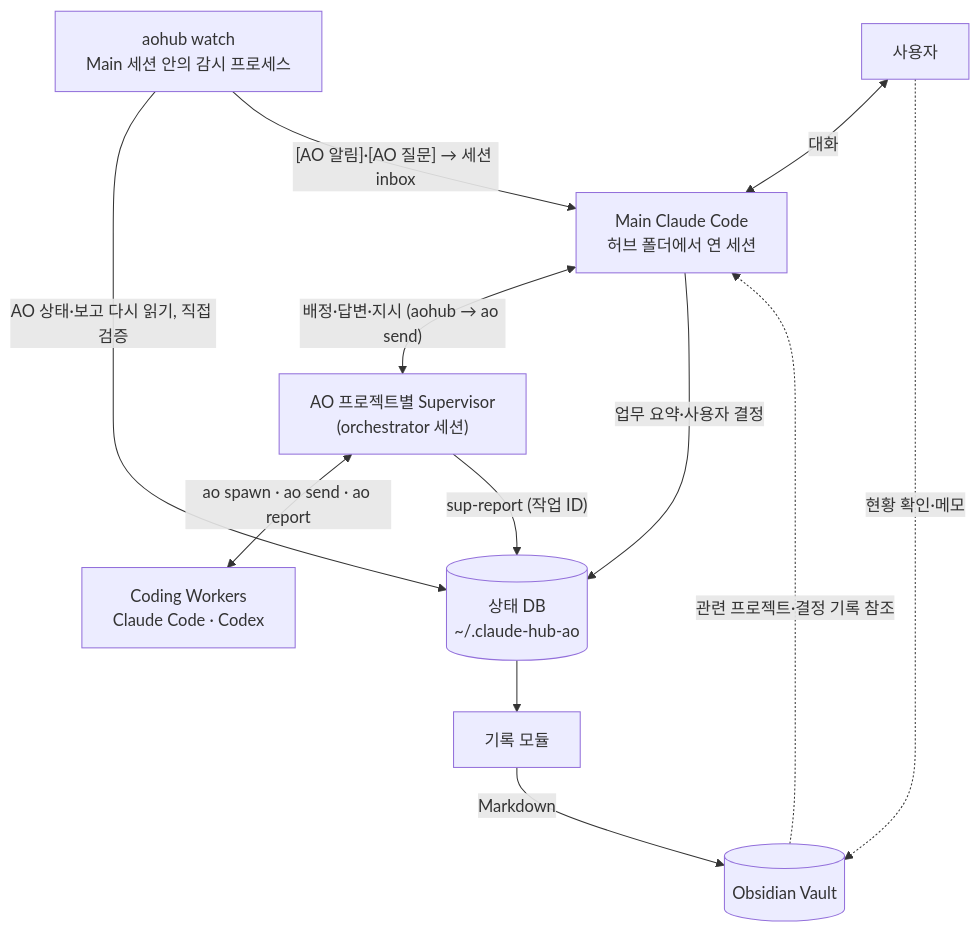
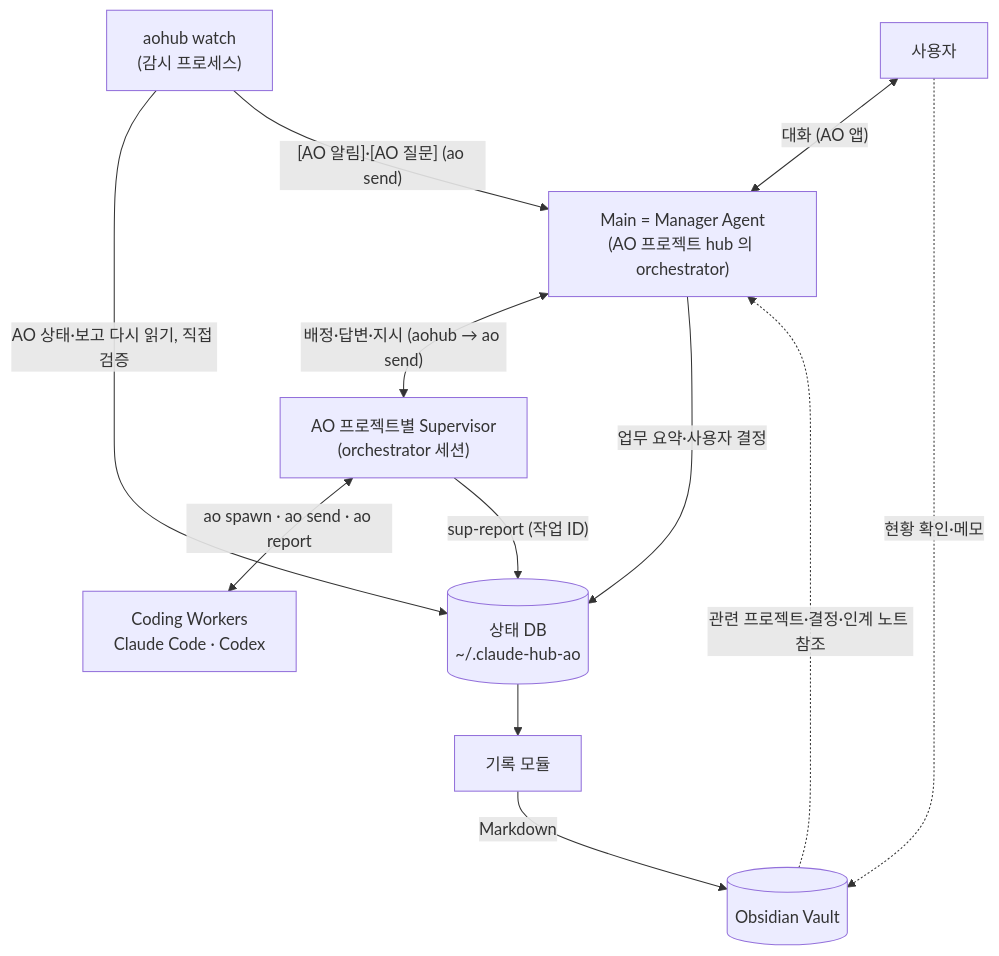
One commit to smdeveloper7/agent-hub-ao changed the diagram in README.md. Above: the diagram before and after it, drawn with Mermaid. The commit also changed other lines of this file and 4 other files, not shown here.

First line of the commit message:
README 사용법을 Manager Agent 기준으로 정리하고 새 프로젝트 등록 절차 추가

````diff
--- a/README.md
+++ b/README.md
@@ -7,13 +7,13 @@
 ```mermaid
 flowchart TB
-    U[사용자] <-->|대화| M[Main Claude Code<br/>허브 폴더에서 연 세션]
+    U[사용자] <-->|"대화 (AO 앱)"| M["Main = Manager Agent<br/>(AO 프로젝트 hub 의 orchestrator)"]
     M <-->|"배정·답변·지시 (aohub → ao send)"| S["AO 프로젝트별 Supervisor<br/>(orchestrator 세션)"]
     S <-->|"ao spawn · ao send · ao report"| W["Coding Workers<br/>Claude Code · Codex"]
     S -->|"sup-report (작업 ID)"| D[(상태 DB<br/>~/.claude-hub-ao)]
-    WT[aohub watch<br/>Main 세션 안의 감시 프로세스] -->|AO 상태·보고 다시 읽기, 직접 검증| D
-    WT -->|"[AO 알림]·[AO 질문] → 세션 inbox"| M
+    WT["aohub watch<br/>(감시 프로세스)"] -->|AO 상태·보고 다시 읽기, 직접 검증| D
+    WT -->|"[AO 알림]·[AO 질문] (ao send)"| M
     M -->|업무 요약·사용자 결정| D
     D --> R[기록 모듈] -->|Markdown| V[(Obsidian Vault)]
-    V -.->|관련 프로젝트·결정 기록 참조| M
+    V -.->|관련 프로젝트·결정·인계 노트 참조| M
     U -.->|현황 확인·메모| V
 ```
````
